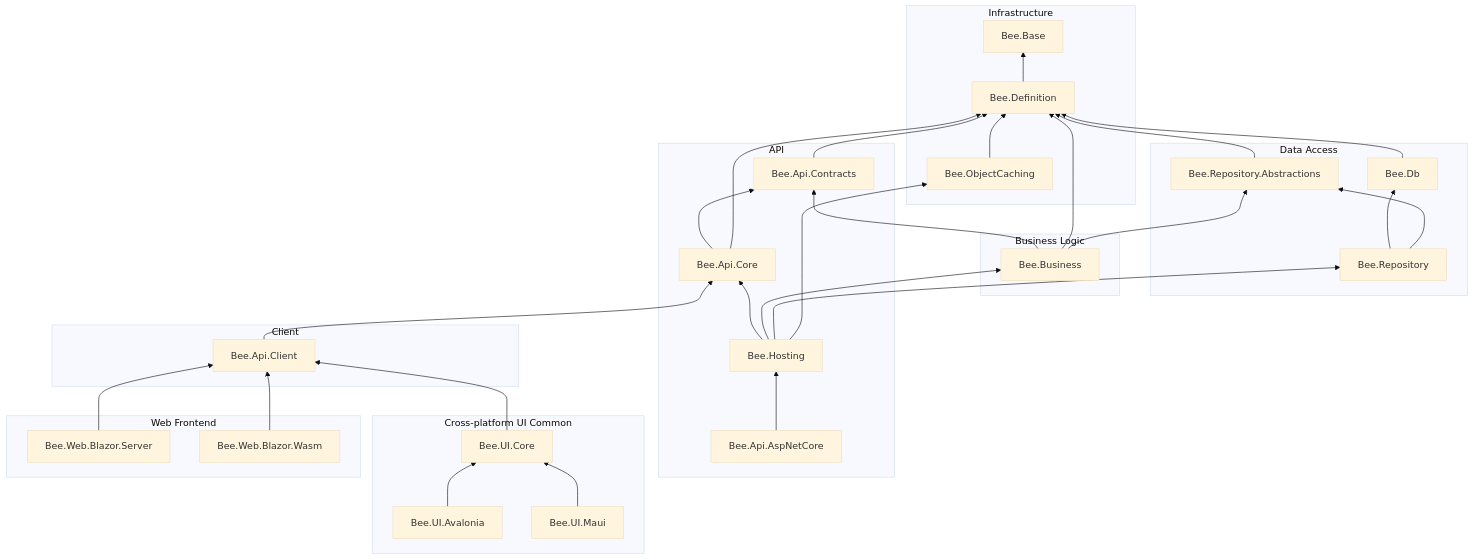
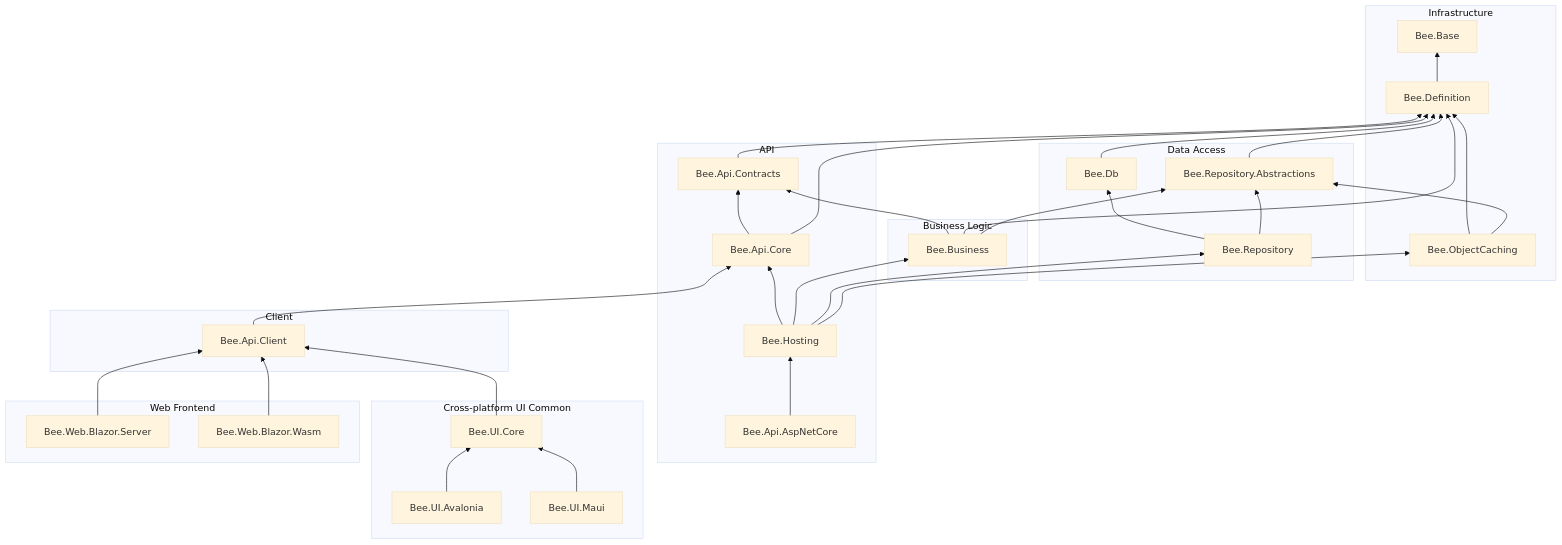
One commit to jeff377/bee-library changed the diagram in docs/dependency-map.md. Above: the diagram before and after it, drawn with Mermaid (base theme). The commit also changed 51 other files, not shown here.

````diff
--- a/docs/dependency-map.md
+++ b/docs/dependency-map.md
@@ -11,64 +11,65 @@
 ```mermaid
 graph BT
   subgraph Infrastructure
     Base["Bee.Base"]
     Definition["Bee.Definition"]
     Caching["Bee.ObjectCaching"]
   end
 
   subgraph DataAccess [Data Access]
     RepoAbs["Bee.Repository.Abstractions"]
     Db["Bee.Db"]
     Repo["Bee.Repository"]
   end
 
   subgraph BusinessLogic [Business Logic]
     Business["Bee.Business"]
   end
 
   subgraph API
     Contracts["Bee.Api.Contracts"]
     Core["Bee.Api.Core"]
     Hosting["Bee.Hosting"]
     AspNet["Bee.Api.AspNetCore"]
   end
 
   subgraph ClientLayer [Client]
     Client["Bee.Api.Client"]
   end
 
   subgraph CrossPlatformUI [Cross-platform UI Common]
     UICore["Bee.UI.Core"]
     UIAvalonia["Bee.UI.Avalonia"]
     UIMaui["Bee.UI.Maui"]
   end
 
   subgraph WebFrontend [Web Frontend]
     BlazorSrv["Bee.Web.Blazor.Server"]
     BlazorWasm["Bee.Web.Blazor.Wasm"]
   end
 
   Definition --> Base
   Contracts --> Definition
   Db --> Definition
   RepoAbs --> Definition
   Caching --> Definition
+  Caching --> RepoAbs
   Business --> Contracts
   Business --> Definition
   Business --> RepoAbs
   Repo --> Db
   Repo --> RepoAbs
   Core --> Contracts
   Core --> Definition
   Hosting --> Core
   Hosting --> Business
   Hosting --> Repo
   Hosting --> Caching
   AspNet --> Hosting
   Client --> Core
   UICore --> Client
   UIAvalonia --> UICore
   UIMaui --> UICore
   BlazorSrv --> Client
   BlazorWasm --> Client
 ```
````
